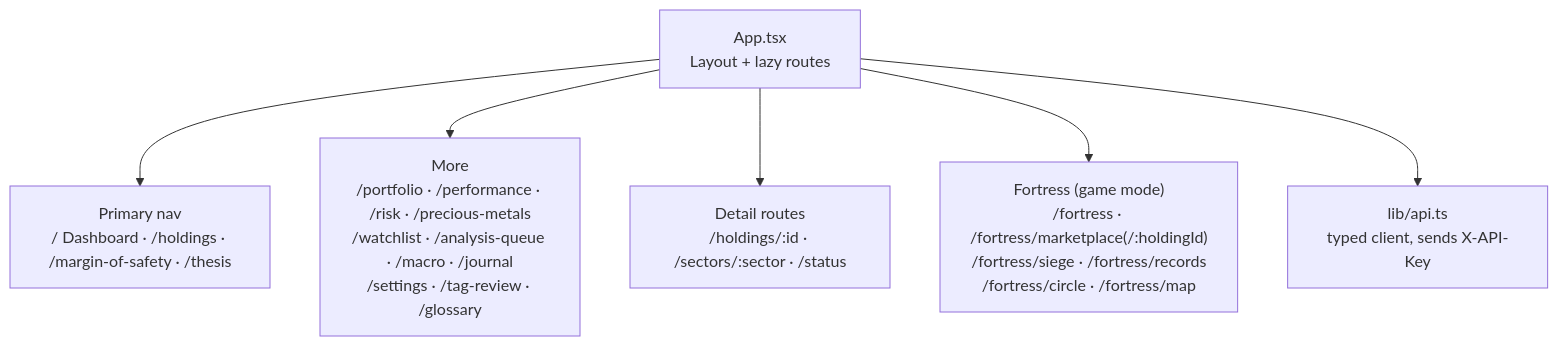
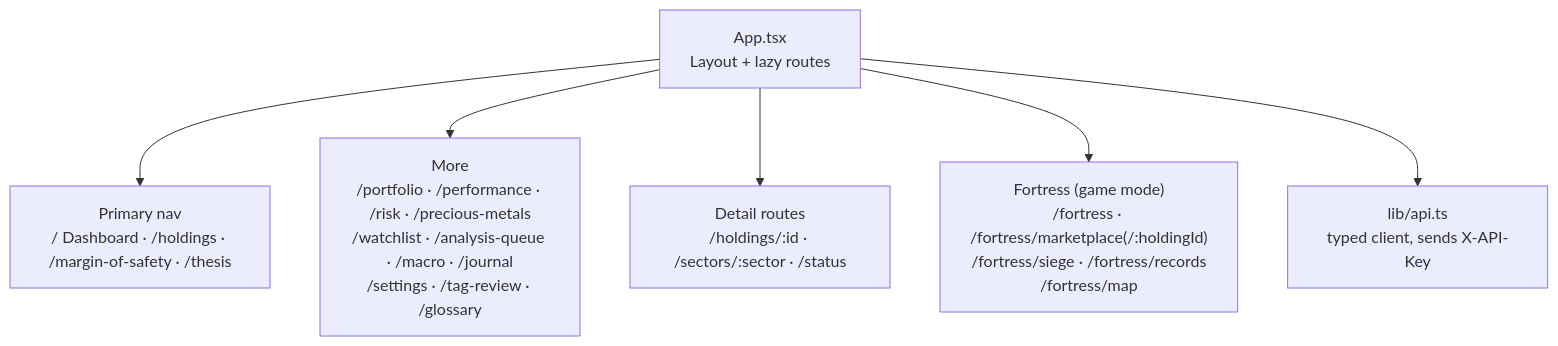
One commit to frmingest/Aladdin changed the seventh of 7 diagrams in docs/architecture.md. Above: the diagram before and after it, drawn with Mermaid. The commit also changed other lines of this file and 68 other files, not shown here.

First line of the commit message:
Remove the Circle of Competence page from Game mode

````diff
--- a/docs/architecture.md
+++ b/docs/architecture.md
@@ -426,9 +423,9 @@
 ```mermaid
 flowchart TB
   APP["App.tsx<br/>Layout + lazy routes"]
   APP --> MAIN["Primary nav<br/>/ Dashboard · /holdings · /margin-of-safety · /thesis"]
   APP --> MORE["More<br/>/portfolio · /performance · /risk · /precious-metals<br/>/watchlist · /analysis-queue · /macro · /journal<br/>/settings · /tag-review · /glossary"]
   APP --> DEEP["Detail routes<br/>/holdings/:id · /sectors/:sector · /status"]
-  APP --> FORT["Fortress (game mode)<br/>/fortress · /fortress/marketplace(/:holdingId)<br/>/fortress/siege · /fortress/records<br/>/fortress/circle · /fortress/map"]
+  APP --> FORT["Fortress (game mode)<br/>/fortress · /fortress/marketplace(/:holdingId)<br/>/fortress/siege · /fortress/records<br/>/fortress/map"]
   APP --> LIB["lib/api.ts<br/>typed client, sends X-API-Key"]
 ```
````
